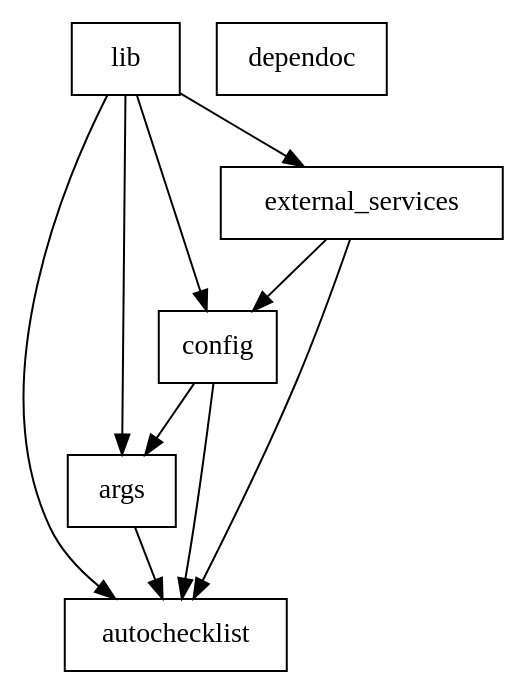
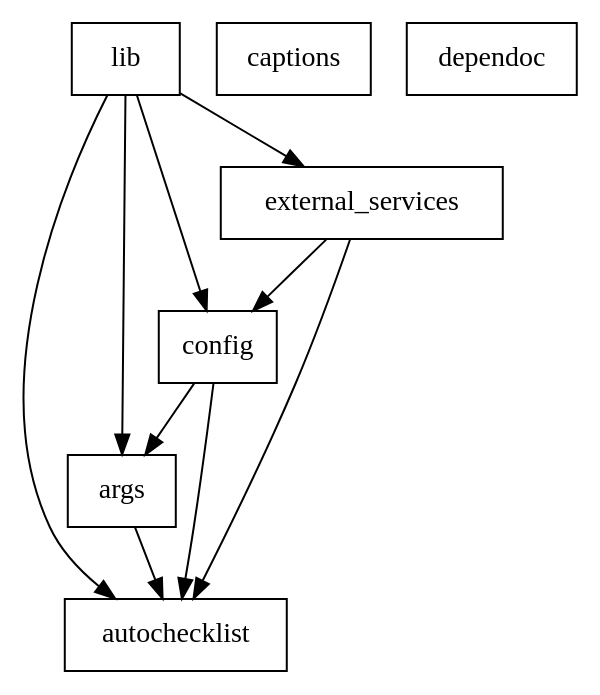
The diagram in scripts/dependoc/dependencies.dot (recc-tech/tech), drawn with Graphviz before and after one commit. The commit also changed 5 other files, not shown here.

```diff
--- a/scripts/dependoc/dependencies.dot
+++ b/scripts/dependoc/dependencies.dot
@@ -1,14 +1,16 @@
 digraph G {
     "args" [shape="rect"];
     "args" -> {"autochecklist"};
     "autochecklist" [shape="rect"];
     "autochecklist" -> {};
+    "captions" [shape="rect"];
+    "captions" -> {};
     "config" [shape="rect"];
     "config" -> {"args", "autochecklist"};
     "dependoc" [shape="rect"];
     "dependoc" -> {};
     "external_services" [shape="rect"];
     "external_services" -> {"autochecklist", "config"};
     "lib" [shape="rect"];
     "lib" -> {"args", "autochecklist", "config", "external_services"};
 }
```
